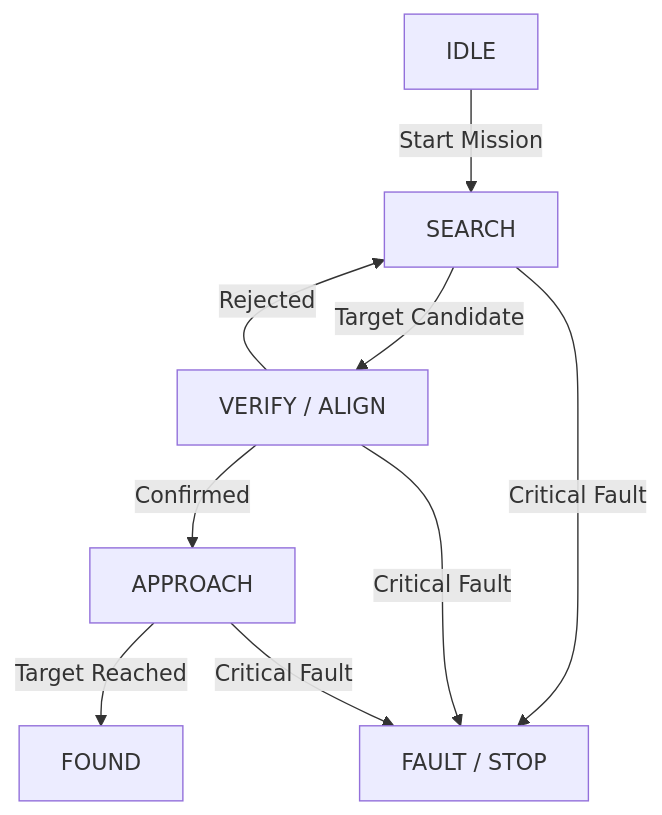
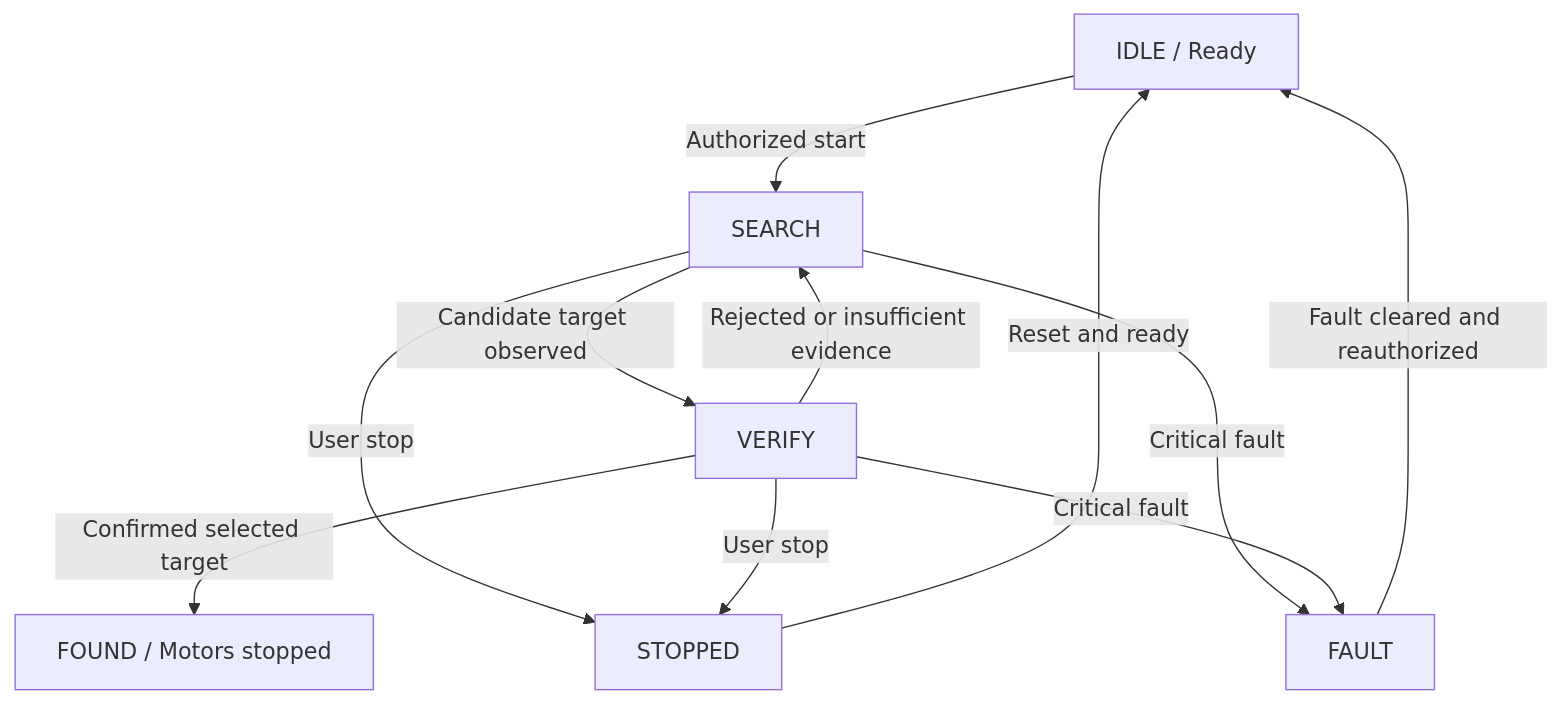
Before and after one commit to Wriskyzeus/SEEKR: the third of 3 diagrams in docs/architecture.md, drawn with Mermaid. The commit also changed other lines of this file and 8 other files, not shown here.

Commit message:
Align SEEKR V1 docs with visual verification mission and prepare build planning

````diff
--- a/docs/architecture.md
+++ b/docs/architecture.md
@@ -240,19 +227,13 @@
 ```mermaid
 flowchart TD
-    IDLE["IDLE"]
-    SEARCH["SEARCH"]
-    VERIFY["VERIFY / ALIGN"]
-    APPROACH["APPROACH"]
-    FOUND["FOUND"]
-    FAULT["FAULT / STOP"]
-
-    IDLE -->|"Start Mission"| SEARCH
-    SEARCH -->|"Target Candidate"| VERIFY
-    VERIFY -->|"Confirmed"| APPROACH
-    VERIFY -->|"Rejected"| SEARCH
-    APPROACH -->|"Target Reached"| FOUND
-
-    SEARCH -->|"Critical Fault"| FAULT
-    VERIFY -->|"Critical Fault"| FAULT
-    APPROACH -->|"Critical Fault"| FAULT
+    IDLE["IDLE / Ready"] -->|"Authorized start"| SEARCH["SEARCH"]
+    SEARCH -->|"Candidate target observed"| VERIFY["VERIFY"]
+    VERIFY -->|"Rejected or insufficient evidence"| SEARCH
+    VERIFY -->|"Confirmed selected target"| FOUND["FOUND / Motors stopped"]
+    SEARCH -->|"User stop"| STOPPED["STOPPED"]
+    VERIFY -->|"User stop"| STOPPED
+    SEARCH -->|"Critical fault"| FAULT["FAULT"]
+    VERIFY -->|"Critical fault"| FAULT
+    STOPPED -->|"Reset and ready"| IDLE
+    FAULT -->|"Fault cleared and reauthorized"| IDLE
 ```
````
